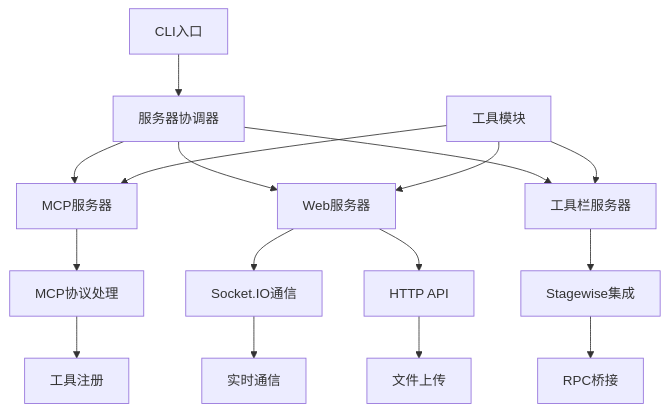
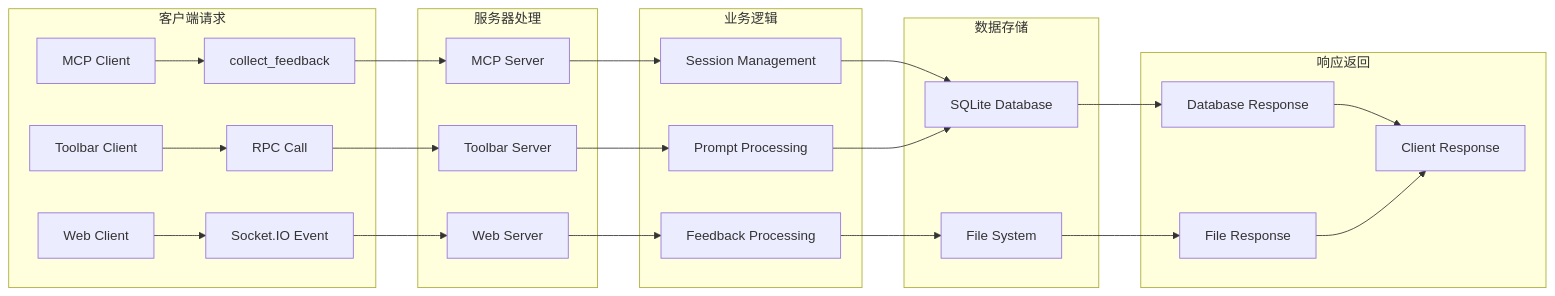
One commit to Songmengdi/mcp-feedback-collector changed the third of 6 diagrams in docs/模块层/后端模块/详细分析.md. Above: the diagram before and after it, drawn with Mermaid. The commit also changed other lines of this file and 37 other files, not shown here.

````diff
--- a/docs/模块层/后端模块/详细分析.md
+++ b/docs/模块层/后端模块/详细分析.md
@@ -81,21 +159,33 @@
 ```mermaid
-graph TD
-    A[CLI入口] --> B[服务器协调器]
-    B --> C[MCP服务器]
-    B --> D[Web服务器]
-    B --> E[工具栏服务器]
+graph LR
+    subgraph "客户端请求"
+        A[MCP Client] --> B[collect_feedback]
+        C[Web Client] --> D[Socket.IO Event]
+        E[Toolbar Client] --> F[RPC Call]
+    end
     
-    C --> F[MCP协议处理]
-    D --> G[Socket.IO通信]
-    D --> H[HTTP API]
-    E --> I[Stagewise集成]
+    subgraph "服务器处理"
+        B --> G[MCP Server]
+        D --> H[Web Server]
+        F --> I[Toolbar Server]
+    end
     
-    F --> J[工具注册]
-    G --> K[实时通信]
-    H --> L[文件上传]
-    I --> M[RPC桥接]
+    subgraph "业务逻辑"
+        G --> J[Session Management]
+        H --> K[Feedback Processing]
+        I --> L[Prompt Processing]
+    end
     
-    N[工具模块] --> C
-    N --> D
-    N --> E
+    subgraph "数据存储"
+        J --> M[SQLite Database]
+        K --> N[File System]
+        L --> M
+    end
+    
+    subgraph "响应返回"
+        M --> O[Database Response]
+        N --> P[File Response]
+        O --> Q[Client Response]
+        P --> Q
+    end
 ```
````
